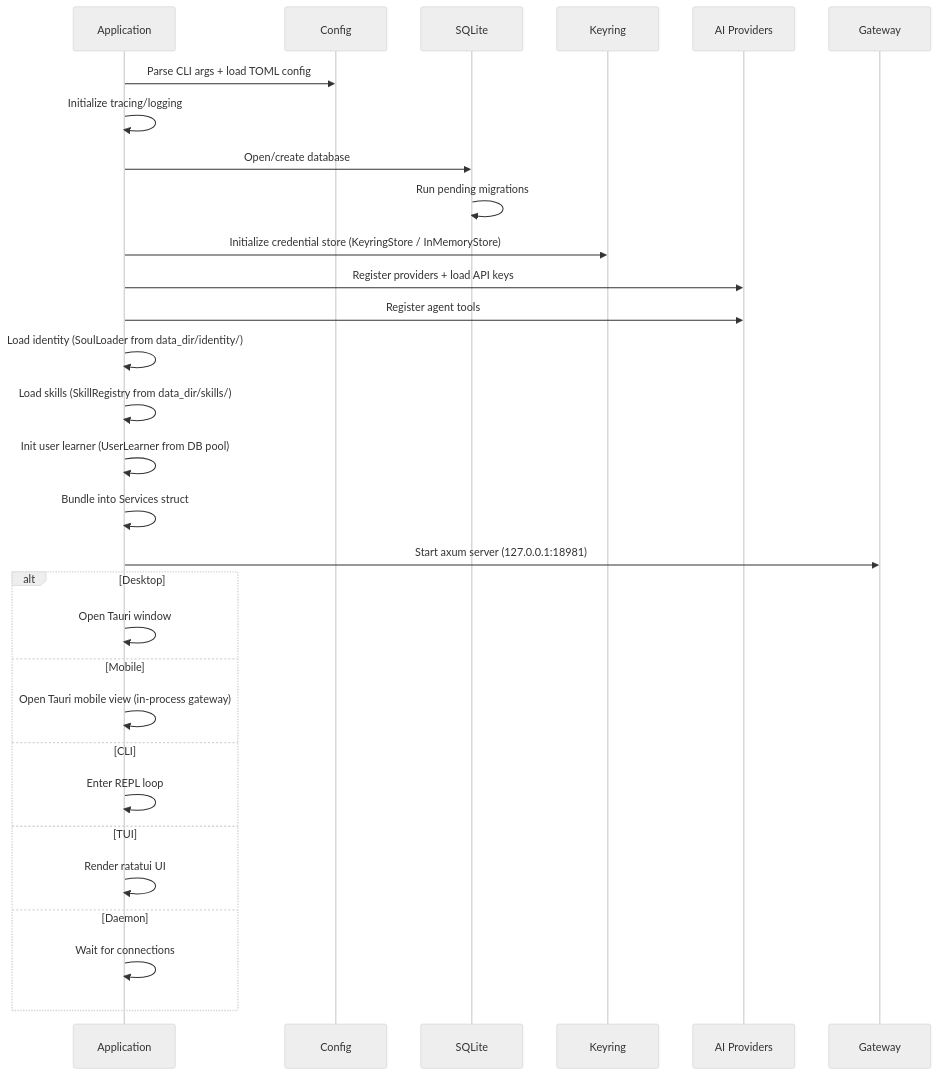
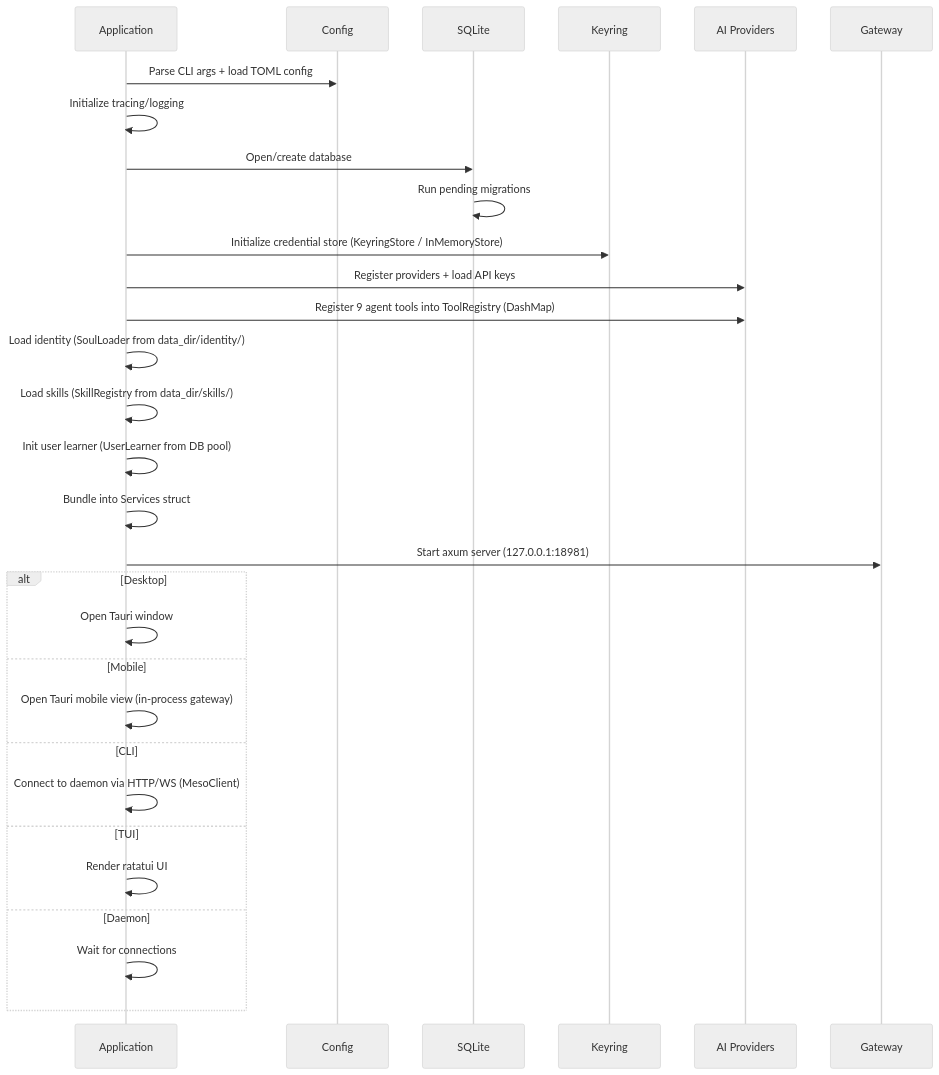
One commit to sprklai/mesoclaw changed the second of 10 diagrams in docs/processes.md. Above: the diagram before and after it, drawn with Mermaid (neutral theme). The commit also changed 26 other files, not shown here.

First line of the commit message:
Phase 5 (complete): ToolRegistry, memory pagination/validation, CLI binary with 6 commands

````diff
--- a/docs/processes.md
+++ b/docs/processes.md
@@ -53,34 +53,34 @@
 ```mermaid
 sequenceDiagram
     participant App as Application
     participant Cfg as Config
     participant DB as SQLite
     participant Cred as Keyring
     participant AI as AI Providers
     participant GW as Gateway
 
     App->>Cfg: Parse CLI args + load TOML config
     App->>App: Initialize tracing/logging
     App->>DB: Open/create database
     DB->>DB: Run pending migrations
     App->>Cred: Initialize credential store (KeyringStore / InMemoryStore)
     App->>AI: Register providers + load API keys
-    App->>AI: Register agent tools
+    App->>AI: Register 9 agent tools into ToolRegistry (DashMap)
     App->>App: Load identity (SoulLoader from data_dir/identity/)
     App->>App: Load skills (SkillRegistry from data_dir/skills/)
     App->>App: Init user learner (UserLearner from DB pool)
     App->>App: Bundle into Services struct
     App->>GW: Start axum server (127.0.0.1:18981)
 
     alt Desktop
         App->>App: Open Tauri window
     else Mobile
         App->>App: Open Tauri mobile view (in-process gateway)
     else CLI
-        App->>App: Enter REPL loop
+        App->>App: Connect to daemon via HTTP/WS (MesoClient)
     else TUI
         App->>App: Render ratatui UI
     else Daemon
         App->>App: Wait for connections
     end
 ```
````
